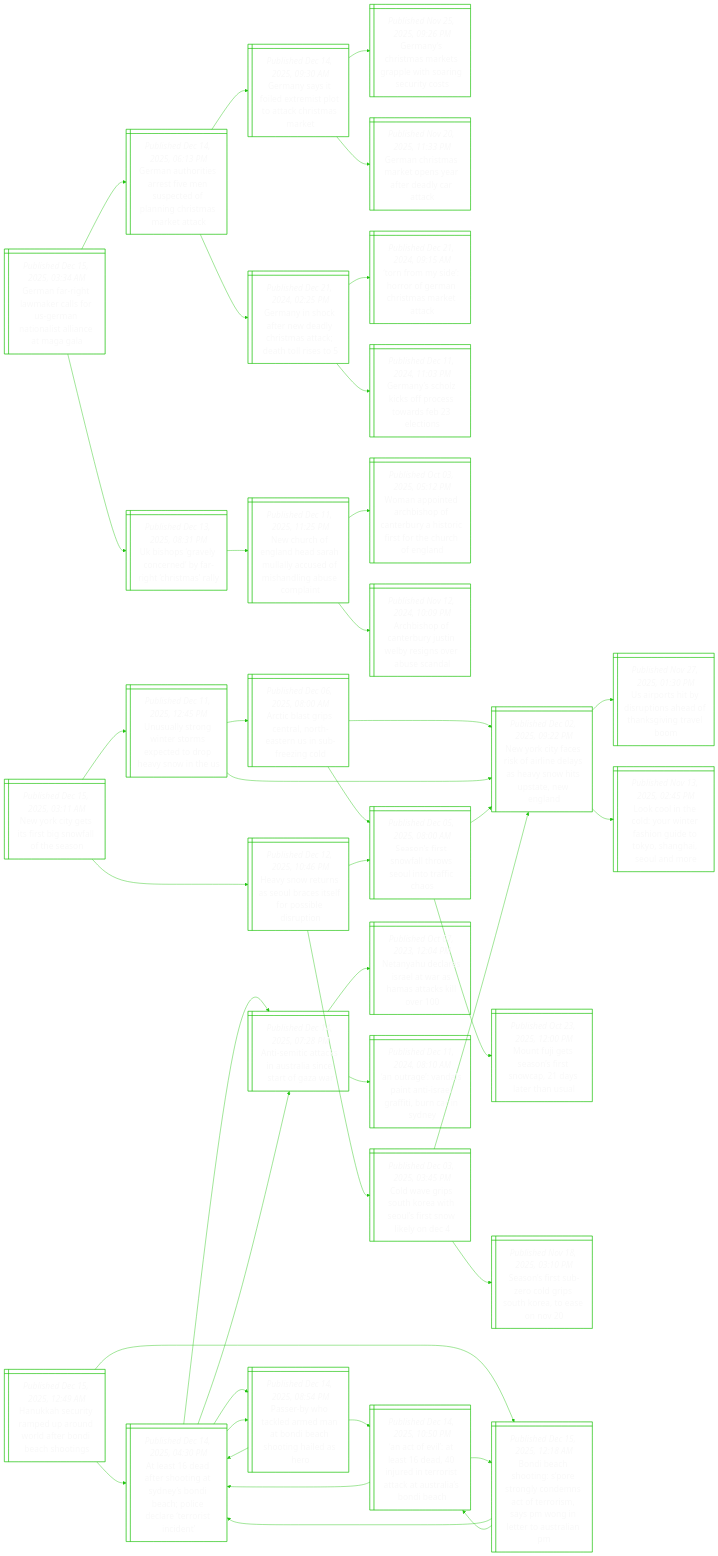
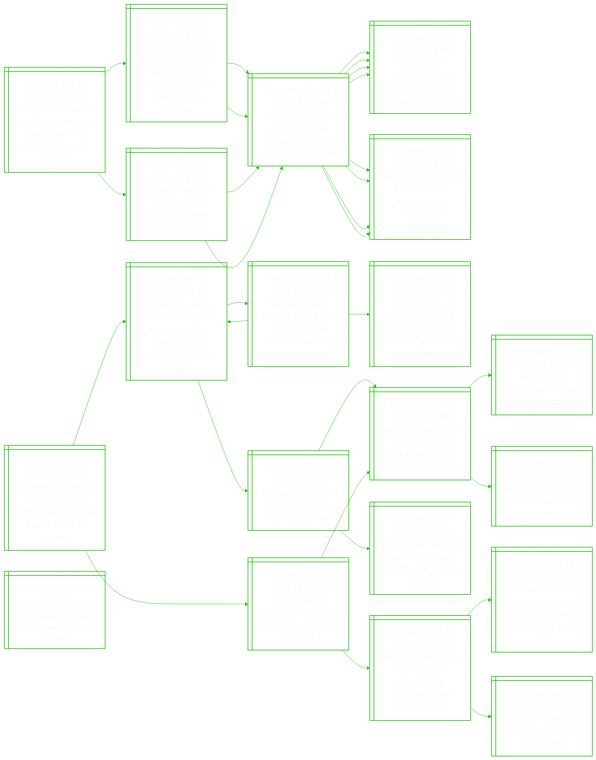
The diagram in README.md (notJmes/notJmes), drawn with Mermaid before and after one commit. The commit also changed other lines of this file, not shown here.

````diff
--- a/README.md
+++ b/README.md
@@ -16,91 +16,54 @@
 flowchart LR
 classDef txtsize font-size:20px;
 
-GniaelUmtllcAl@{ shape: win-pane, label: "_Published Dec 15, 2025, 03:34 AM_
-German far-right lawmaker calls for us-german nationalist alliance at maga gala" }
-Gnoeevscfnhmrt@{ shape: win-pane, label: "_Published Dec 14, 2025, 06:13 PM_
-German authorities arrest five men suspected of planning christmas market attack" }
-GnsixiotCta@{ shape: win-pane, label: "_Published Dec 14, 2025, 09:30 AM_
-Germany says it foiled extremist plot to attack christmas market" }
-Gnrakresnuc@{ shape: win-pane, label: "_Published Nov 25, 2025, 09:26 PM_
-Germany’s christmas markets grapple with soaring security costs" }
-Gnsmtsadyt@{ shape: win-pane, label: "_Published Nov 20, 2025, 11:33 PM_
-German christmas market opens year after deadly car attack" }
-Gnhfedraaale@{ shape: win-pane, label: "_Published Dec 21, 2024, 02:25 PM_
-Germany in shock after new deadly christmas attack; death toll rises to 5" }
-Trsoomrakt@{ shape: win-pane, label: "_Published Dec 21, 2024, 09:15 AM_
-‘torn from my side’: horror of german christmas market attack" }
-Gnhifcoslo@{ shape: win-pane, label: "_Published Dec 11, 2024, 11:03 PM_
-Germany’s scholz kicks off process towards feb 23 elections" }
-UhryebrCta@{ shape: win-pane, label: "_Published Dec 13, 2025, 08:31 PM_
-Uk bishops ‘gravely concerned’ by far-right ‘christmas’ rally" }
-Nufaaalaeidaca@{ shape: win-pane, label: "_Published Dec 11, 2025, 11:25 PM_
-New church of england head sarah mullally accused of mishandling abuse complaint" }
-Wanrsfeytffecnd@{ shape: win-pane, label: "_Published Oct 03, 2025, 05:12 PM_
-Woman appointed archbishop of canterbury a historic first for the church of england" }
-Aiotrtlsobcl@{ shape: win-pane, label: "_Published Nov 12, 2024, 10:09 PM_
-Archbishop of canterbury justin welby resigns over abuse scandal" }
+Wnaitdnitwvto@{ shape: win-pane, label: "_Published Dec 15, 2025, 07:00 AM_
+Wisconsin man in his 20s detained in connection with brown university shooting" }
+Wsebiaasoiiogair@{ shape: win-pane, label: "_Published Dec 14, 2025, 09:40 AM_
+Witnesses describe anxious campus as news of brown university shooting spread, police arrived" }
+Pepnttrneytea@{ shape: win-pane, label: "_Published Dec 14, 2025, 06:58 AM_
+Police hold person of interest after brown university shooting left 2 dead" }
+SiKcaiileecd@{ shape: win-pane, label: "_Published Dec 10, 2025, 07:03 AM_
+Shooting at kentucky state university kills one, suspect in custody" }
+Asdndrtaspii@{ shape: win-pane, label: "_Published Oct 12, 2025, 05:58 PM_
+At least 1 dead and 3 injured after shootings at mississippi universities" }
+Pepnttrneytea@{ shape: win-pane, label: "_Published Dec 14, 2025, 06:58 AM_
+Police hold person of interest after brown university shooting left 2 dead" }
+SiKcaiileecd@{ shape: win-pane, label: "_Published Dec 10, 2025, 07:03 AM_
+Shooting at kentucky state university kills one, suspect in custody" }
+Asdndrtaspii@{ shape: win-pane, label: "_Published Oct 12, 2025, 05:58 PM_
+At least 1 dead and 3 injured after shootings at mississippi universities" }
+BUrrnmtette@{ shape: win-pane, label: "_Published Dec 15, 2025, 06:30 AM_
+Brown university, reeling from shooting, sends students home" }
+Pepnttrneytea@{ shape: win-pane, label: "_Published Dec 14, 2025, 06:58 AM_
+Police hold person of interest after brown university shooting left 2 dead" }
+SiKcaiileecd@{ shape: win-pane, label: "_Published Dec 10, 2025, 07:03 AM_
+Shooting at kentucky state university kills one, suspect in custody" }
+Asdndrtaspii@{ shape: win-pane, label: "_Published Oct 12, 2025, 05:58 PM_
+At least 1 dead and 3 injured after shootings at mississippi universities" }
+Pepnttrneytea@{ shape: win-pane, label: "_Published Dec 14, 2025, 06:58 AM_
+Police hold person of interest after brown university shooting left 2 dead" }
+SiKcaiileecd@{ shape: win-pane, label: "_Published Dec 10, 2025, 07:03 AM_
+Shooting at kentucky state university kills one, suspect in custody" }
+Asdndrtaspii@{ shape: win-pane, label: "_Published Oct 12, 2025, 05:58 PM_
+At least 1 dead and 3 injured after shootings at mississippi universities" }
 
-GniaelUmtllcAl:::txtsize --> Gnoeevscfnhmrt:::txtsize
-Gnoeevscfnhmrt:::txtsize --> GnsixiotCta:::txtsize
-GnsixiotCta:::txtsize --> Gnrakresnuc:::txtsize
-GnsixiotCta:::txtsize --> Gnsmtsadyt:::txtsize
-Gnoeevscfnhmrt:::txtsize --> Gnhfedraaale:::txtsize
-Gnhfedraaale:::txtsize --> Trsoomrakt:::txtsize
-Gnhfedraaale:::txtsize --> Gnhifcoslo:::txtsize
-GniaelUmtllcAl:::txtsize --> UhryebrCta:::txtsize
-UhryebrCta:::txtsize --> Nufaaalaeidaca:::txtsize
-Nufaaalaeidaca:::txtsize --> Wanrsfeytffecnd:::txtsize
-Nufaaalaeidaca:::txtsize --> Aiotrtlsobcl:::txtsize
+Wnaitdnitwvto:::txtsize --> Wsebiaasoiiogair:::txtsize
+Wsebiaasoiiogair:::txtsize --> Pepnttrneytea:::txtsize
+Pepnttrneytea:::txtsize --> SiKcaiileecd:::txtsize
+Pepnttrneytea:::txtsize --> Asdndrtaspii:::txtsize
+Wsebiaasoiiogair:::txtsize --> Pepnttrneytea:::txtsize
+Pepnttrneytea:::txtsize --> SiKcaiileecd:::txtsize
+Pepnttrneytea:::txtsize --> Asdndrtaspii:::txtsize
+Wnaitdnitwvto:::txtsize --> BUrrnmtette:::txtsize
+BUrrnmtette:::txtsize --> Pepnttrneytea:::txtsize
+Pepnttrneytea:::txtsize --> SiKcaiileecd:::txtsize
+Pepnttrneytea:::txtsize --> Asdndrtaspii:::txtsize
+BUrrnmtette:::txtsize --> Pepnttrneytea:::txtsize
+Pepnttrneytea:::txtsize --> SiKcaiileecd:::txtsize
+Pepnttrneytea:::txtsize --> Asdndrtaspii:::txtsize
 
-Nryirgffe@{ shape: win-pane, label: "_Published Dec 15, 2025, 03:11 AM_
-New york city gets its first big snowfall of the season" }
-UatwrmetpyiU@{ shape: win-pane, label: "_Published Dec 11, 2025, 12:45 PM_
-Unusually strong winter storms expected to drop heavy snow in the us" }
-ActsrrsUuec@{ shape: win-pane, label: "_Published Dec 06, 2025, 08:00 AM_
-Arctic blast grips central, north-eastern us in sub-freezing cold" }
-NrysoleavwutEn@{ shape: win-pane, label: "_Published Dec 02, 2025, 09:22 PM_
-New york city faces risk of airline delays as heavy snow hits upstate, new england" }
-Snswtsltio@{ shape: win-pane, label: "_Published Dec 05, 2025, 08:00 AM_
-Season’s first snowfall throws seoul into traffic chaos" }
-NrysoleavwutEn@{ shape: win-pane, label: "_Published Dec 02, 2025, 09:22 PM_
-New york city faces risk of airline delays as heavy snow hits upstate, new england" }
-Uphdpsdaitl@{ shape: win-pane, label: "_Published Nov 27, 2025, 01:30 PM_
-Us airports hit by disruptions ahead of thanksgiving travel boom" }
-Lotlrehuoogene@{ shape: win-pane, label: "_Published Nov 13, 2025, 02:45 PM_
-Look cool in the cold: your winter fashion guide to tokyo, shanghai, seoul and more" }
-Hsesoatfseun@{ shape: win-pane, label: "_Published Dec 12, 2025, 10:46 PM_
-Heavy snow returns as seoul braces itself for possible disruption" }
-Snswtsltio@{ shape: win-pane, label: "_Published Dec 05, 2025, 08:00 AM_
-Season’s first snowfall throws seoul into traffic chaos" }
-MFeafsasru@{ shape: win-pane, label: "_Published Oct 23, 2025, 12:00 PM_
-Mount fuji gets season’s first snowcap, 21 days later than usual" }
-NrysoleavwutEn@{ shape: win-pane, label: "_Published Dec 02, 2025, 09:22 PM_
-New york city faces risk of airline delays as heavy snow hits upstate, new england" }
-CaiurturoeD@{ shape: win-pane, label: "_Published Dec 03, 2025, 03:45 PM_
-Cold wave grips south korea with seoul’s first snow likely on dec 4" }
-Snszoiuren@{ shape: win-pane, label: "_Published Nov 18, 2025, 03:10 PM_
-Season’s first sub-zero cold grips south korea, to ease on nov 20" }
-NrysoleavwutEn@{ shape: win-pane, label: "_Published Dec 02, 2025, 09:22 PM_
-New york city faces risk of airline delays as heavy snow hits upstate, new england" }
-
-Nryirgffe:::txtsize --> UatwrmetpyiU:::txtsize
-UatwrmetpyiU:::txtsize --> ActsrrsUuec:::txtsize
-ActsrrsUuec:::txtsize --> NrysoleavwutEn:::txtsize
-ActsrrsUuec:::txtsize --> Snswtsltio:::txtsize
-UatwrmetpyiU:::txtsize --> NrysoleavwutEn:::txtsize
-NrysoleavwutEn:::txtsize --> Uphdpsdaitl:::txtsize
-NrysoleavwutEn:::txtsize --> Lotlrehuoogene:::txtsize
-Nryirgffe:::txtsize --> Hsesoatfseun:::txtsize
-Hsesoatfseun:::txtsize --> Snswtsltio:::txtsize
-Snswtsltio:::txtsize --> MFeafsasru:::txtsize
-Snswtsltio:::txtsize --> NrysoleavwutEn:::txtsize
-Hsesoatfseun:::txtsize --> CaiurturoeD:::txtsize
-CaiurturoeD:::txtsize --> Snszoiuren:::txtsize
-CaiurturoeD:::txtsize --> NrysoleavwutEn:::txtsize
-
-HkcyerwaBBsi@{ shape: win-pane, label: "_Published Dec 15, 2025, 12:49 AM_
-Hanukkah security ramped up around world after bondi beach shootings" }
+TeonegartdcaSy@{ shape: win-pane, label: "_Published Dec 15, 2025, 06:40 AM_
+‘the feeling of being under siege’: us rabbis react to bondi beach attack in sydney" }
 Asdrttenaleeoie@{ shape: win-pane, label: "_Published Dec 14, 2025, 04:30 PM_
 At least 16 dead after shooting at sydney’s bondi beach; police declare ‘terrorist incident’" }
 Prolmnnaogee@{ shape: win-pane, label: "_Published Dec 14, 2025, 08:54 PM_
@@ -115,34 +78,38 @@
 Netanyahu declares israel at war as hamas attacks kill over 100" }
 ArastIlfurd@{ shape: win-pane, label: "_Published Dec 11, 2024, 08:10 AM_
 ‘an outrage’: vandals paint anti-israel graffiti, burn car in sydney" }
-BBsioryeceiyolrsi@{ shape: win-pane, label: "_Published Dec 15, 2025, 12:18 AM_
-Bondi beach shooting: s’pore strongly condemns act of terrorism, says pm wong in letter to australian pm" }
-Asdrttenaleeoie@{ shape: win-pane, label: "_Published Dec 14, 2025, 04:30 PM_
-At least 16 dead after shooting at sydney’s bondi beach; police declare ‘terrorist incident’" }
-Prolmnnaogee@{ shape: win-pane, label: "_Published Dec 14, 2025, 08:54 PM_
-Passer-by who tackled armed man at bondi beach shooting hailed as hero" }
-AeccAaitfw@{ shape: win-pane, label: "_Published Dec 14, 2025, 07:28 PM_
-Anti-semitic attacks in australia since start of gaza war" }
-Aolaaunoaksina@{ shape: win-pane, label: "_Published Dec 14, 2025, 10:50 PM_
-‘an act of evil’: at least 16 dead, 40 injured in terrorist attack at australia’s bondi beach" }
-Asdrttenaleeoie@{ shape: win-pane, label: "_Published Dec 14, 2025, 04:30 PM_
-At least 16 dead after shooting at sydney’s bondi beach; police declare ‘terrorist incident’" }
-BBsioryeceiyolrsi@{ shape: win-pane, label: "_Published Dec 15, 2025, 12:18 AM_
-Bondi beach shooting: s’pore strongly condemns act of terrorism, says pm wong in letter to australian pm" }
+MtCaoteslu@{ shape: win-pane, label: "_Published Jun 02, 2025, 06:15 AM_
+Man attacks colorado crowd with firebombs, 8 people injured" }
+NyeeawHakl@{ shape: win-pane, label: "_Published Oct 07, 2023, 12:04 PM_
+Netanyahu declares israel at war as hamas attacks kill over 100" }
+WzptIleint@{ shape: win-pane, label: "_Published Oct 07, 2023, 05:15 PM_
+Why gaza is epicentre of israeli-palestinian conflict" }
+Wiceapaks@{ shape: win-pane, label: "_Published Oct 07, 2023, 06:44 PM_
+World in shock after hamas surprise attacks on israel" }
+TresflWnsinpe@{ shape: win-pane, label: "_Published May 22, 2025, 11:50 AM_
+Two israeli embassy staff killed in washington shooting; lone suspect held" }
+FdssithnyPtniy@{ shape: win-pane, label: "_Published Feb 18, 2025, 01:30 AM_
+Florida man shot israeli visitors thinking they were palestinians, police say" }
+Fgakdrbnv@{ shape: win-pane, label: "_Published Jan 22, 2025, 08:25 AM_
+Foreign attacker killed after stabbing 5 in tel aviv" }
 
-HkcyerwaBBsi:::txtsize --> Asdrttenaleeoie:::txtsize
+TeonegartdcaSy:::txtsize --> Asdrttenaleeoie:::txtsize
 Asdrttenaleeoie:::txtsize --> Prolmnnaogee:::txtsize
 Prolmnnaogee:::txtsize --> Asdrttenaleeoie:::txtsize
 Prolmnnaogee:::txtsize --> Aolaaunoaksina:::txtsize
 Asdrttenaleeoie:::txtsize --> AeccAaitfw:::txtsize
 AeccAaitfw:::txtsize --> NyeeawHakl:::txtsize
 AeccAaitfw:::txtsize --> ArastIlfurd:::txtsize
-HkcyerwaBBsi:::txtsize --> BBsioryeceiyolrsi:::txtsize
-BBsioryeceiyolrsi:::txtsize --> Asdrttenaleeoie:::txtsize
-Asdrttenaleeoie:::txtsize --> Prolmnnaogee:::txtsize
-Asdrttenaleeoie:::txtsize --> AeccAaitfw:::txtsize
-BBsioryeceiyolrsi:::txtsize --> Aolaaunoaksina:::txtsize
-Aolaaunoaksina:::txtsize --> Asdrttenaleeoie:::txtsize
-Aolaaunoaksina:::txtsize --> BBsioryeceiyolrsi:::txtsize
+TeonegartdcaSy:::txtsize --> MtCaoteslu:::txtsize
+MtCaoteslu:::txtsize --> NyeeawHakl:::txtsize
+NyeeawHakl:::txtsize --> WzptIleint:::txtsize
+NyeeawHakl:::txtsize --> Wiceapaks:::txtsize
+MtCaoteslu:::txtsize --> TresflWnsinpe:::txtsize
+TresflWnsinpe:::txtsize --> FdssithnyPtniy:::txtsize
+TresflWnsinpe:::txtsize --> Fgakdrbnv:::txtsize
+
+CesAiternildrt@{ shape: win-pane, label: "_Published Dec 15, 2025, 06:34 AM_
+Chile elects jose antonio kast, deepening regional shift to law-and-order politics" }
+
 
 ```
````
